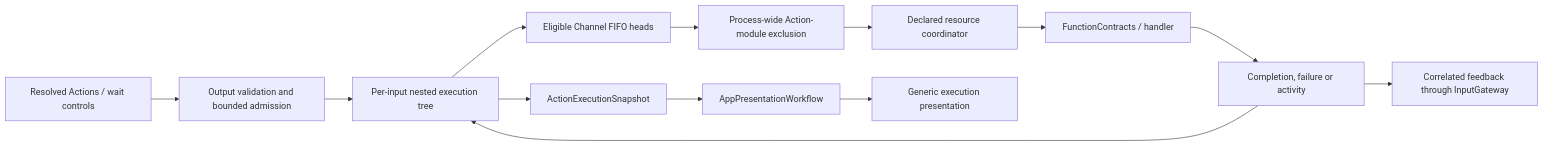
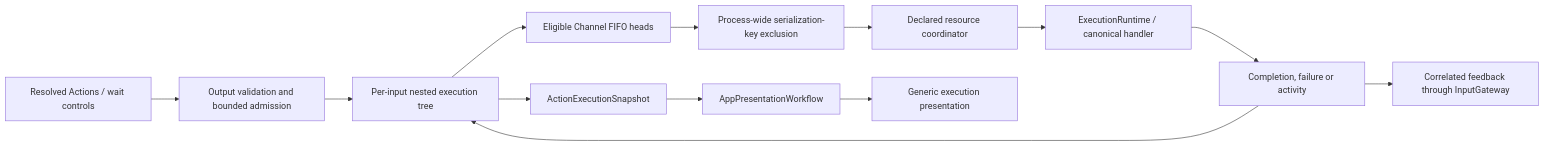
The eighth of 22 diagrams in MobileHarness/README.md (devilyouwei/MobileHarness), drawn with Mermaid before and after one commit. The commit also changed other lines of this file and 23 other files, not shown here.

````diff
--- a/MobileHarness/README.md
+++ b/MobileHarness/README.md
@@ -450,15 +594,15 @@
 ```mermaid
 flowchart LR
     Calls[Resolved Actions / wait controls] --> Admission[Output validation and bounded admission]
     Admission --> Tree[Per-input nested execution tree]
     Tree --> Heads[Eligible Channel FIFO heads]
-    Heads --> Module[Process-wide Action-module exclusion]
+    Heads --> Module[Process-wide serialization-key exclusion]
     Module --> Resource[Declared resource coordinator]
-    Resource --> Runtime[FunctionContracts / handler]
+    Resource --> Runtime[ExecutionRuntime / canonical handler]
     Runtime --> Result[Completion, failure or activity]
     Result --> Tree
     Result --> Feedback[Correlated feedback through InputGateway]
     Tree --> Snapshot[ActionExecutionSnapshot]
     Snapshot --> Presentation[AppPresentationWorkflow]
     Presentation --> UI[Generic execution presentation]
 ```
````
